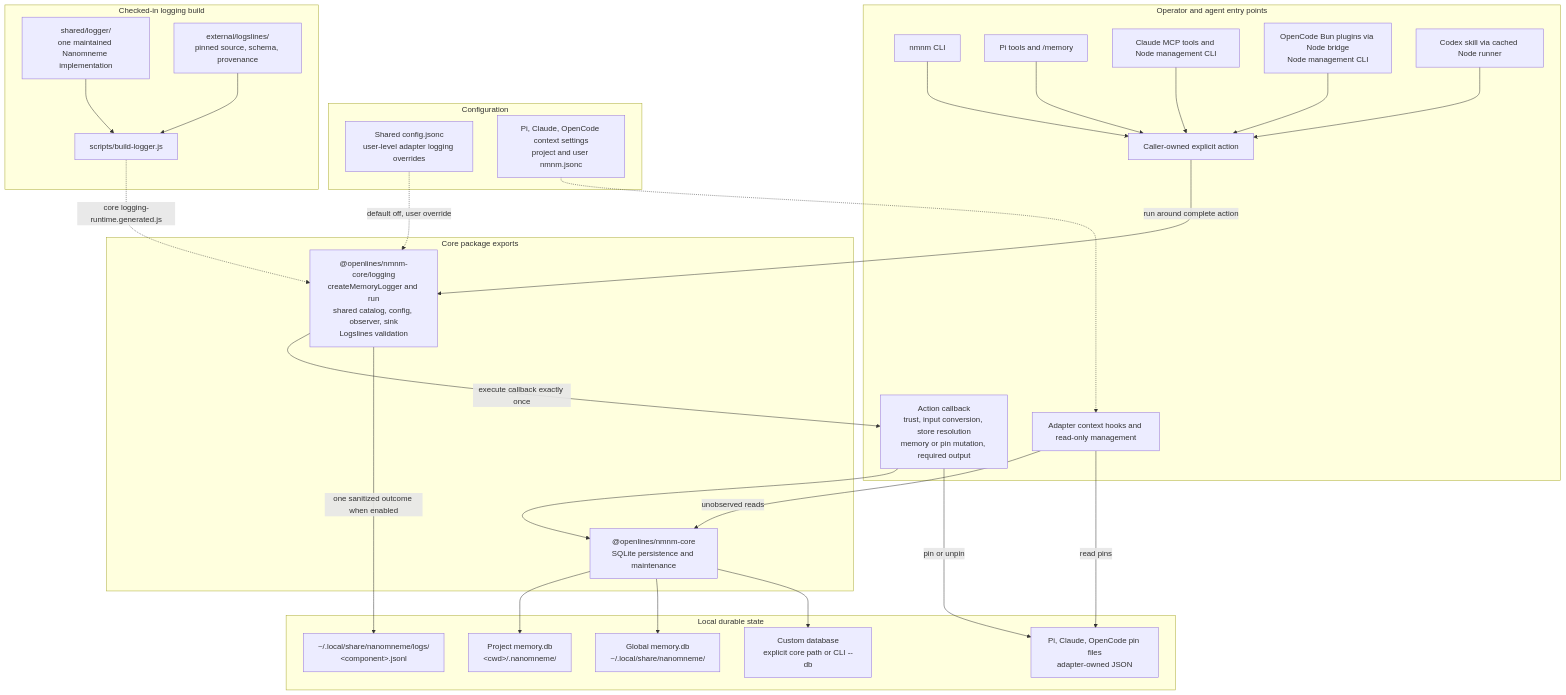
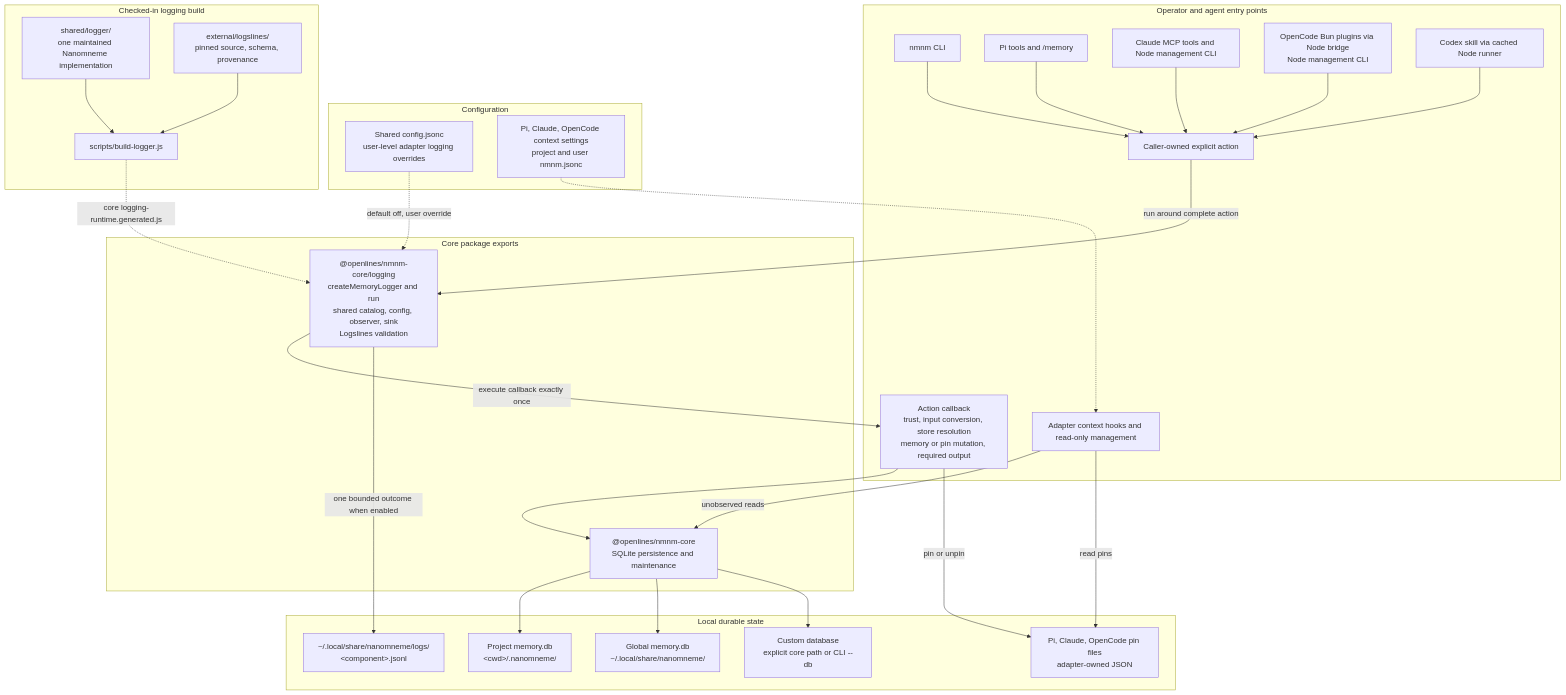
The first of 2 diagrams in docs/ARCHITECTURE.md (linellazatin/nanomneme), drawn with Mermaid before and after one commit. The commit also changed other lines of this file and 15 other files, not shown here.

````diff
--- a/docs/ARCHITECTURE.md
+++ b/docs/ARCHITECTURE.md
@@ -7,58 +7,58 @@
 ```mermaid
 flowchart TB
   subgraph entry[Operator and agent entry points]
     CLI["nmnm CLI"]
     PI["Pi tools and /memory"]
     CLAUDE["Claude MCP tools and Node management CLI"]
     OPENCODE["OpenCode Bun plugins via Node bridge\nNode management CLI"]
     CODEX["Codex skill via cached Node runner"]
     CONTEXT["Adapter context hooks and read-only management"]
     ACTION["Caller-owned explicit action"]
     CALLBACK["Action callback\ntrust, input conversion, store resolution\nmemory or pin mutation, required output"]
   end
 
   subgraph core[Core package exports]
     API["@openlines/nmnm-core\nSQLite persistence and maintenance"]
     LOGGER["@openlines/nmnm-core/logging\ncreateMemoryLogger and run\nshared catalog, config, observer, sink\nLogslines validation"]
   end
 
   subgraph persistence[Local durable state]
     PROJECT["Project memory.db\n&lt;cwd&gt;/.nanomneme/"]
     GLOBAL["Global memory.db\n~/.local/share/nanomneme/"]
     CUSTOM["Custom database\nexplicit core path or CLI --db"]
     PINS["Pi, Claude, OpenCode pin files\nadapter-owned JSON"]
     JSONL["~/.local/share/nanomneme/logs/\n&lt;component&gt;.jsonl"]
   end
 
   subgraph configuration[Configuration]
     LOGGING["Shared config.jsonc\nuser-level adapter logging overrides"]
     SETTINGS["Pi, Claude, OpenCode context settings\nproject and user nmnm.jsonc"]
   end
 
   subgraph build[Checked-in logging build]
     SHARED["shared/logger/\none maintained Nanomneme implementation"]
     EXTERNAL["external/logslines/\npinned source, schema, provenance"]
     BUNDLE["scripts/build-logger.js"]
   end
 
   CLI --> ACTION
   PI --> ACTION
   CLAUDE --> ACTION
   OPENCODE --> ACTION
   CODEX --> ACTION
   ACTION -->|run around complete action| LOGGER
   LOGGER -->|execute callback exactly once| CALLBACK
   CALLBACK --> API
   CALLBACK -->|pin or unpin| PINS
   CONTEXT -->|unobserved reads| API
   CONTEXT -->|read pins| PINS
   SETTINGS -.-> CONTEXT
   LOGGING -.->|default off, user override| LOGGER
   API --> PROJECT
   API --> GLOBAL
   API --> CUSTOM
-  LOGGER -->|one sanitized outcome when enabled| JSONL
+  LOGGER -->|one bounded outcome when enabled| JSONL
   SHARED --> BUNDLE
   EXTERNAL --> BUNDLE
   BUNDLE -.->|core logging-runtime.generated.js| LOGGER
 ```
````
